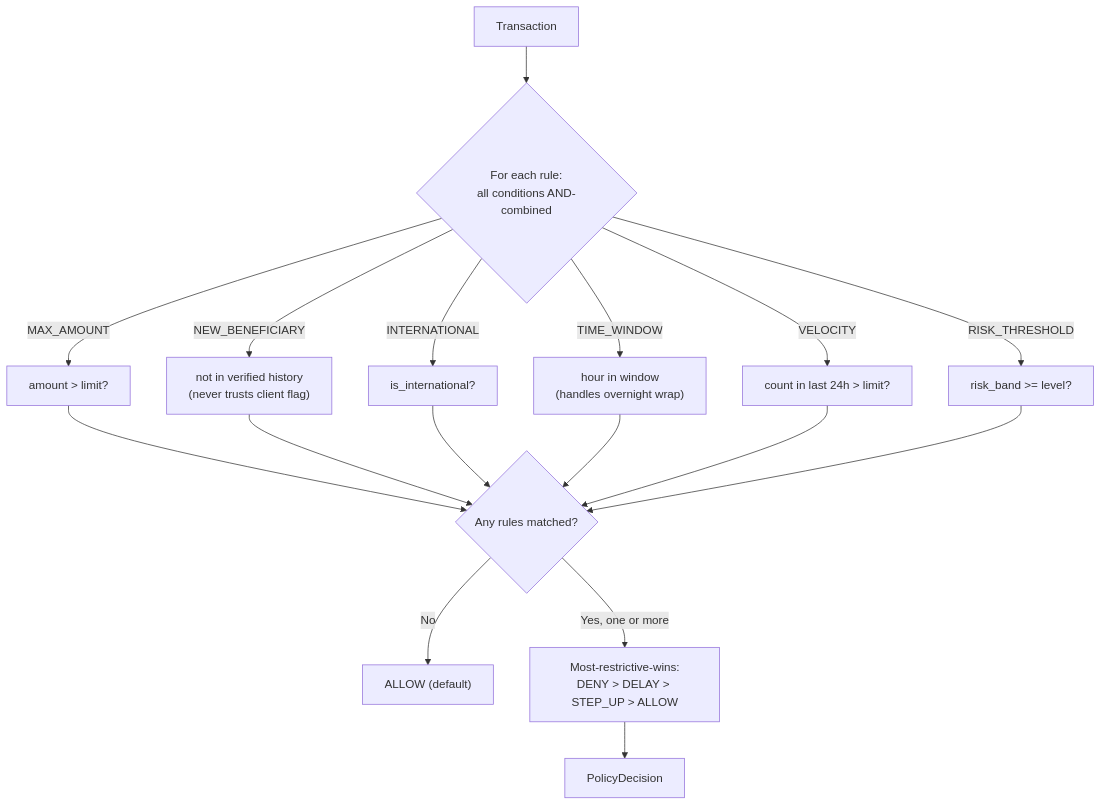
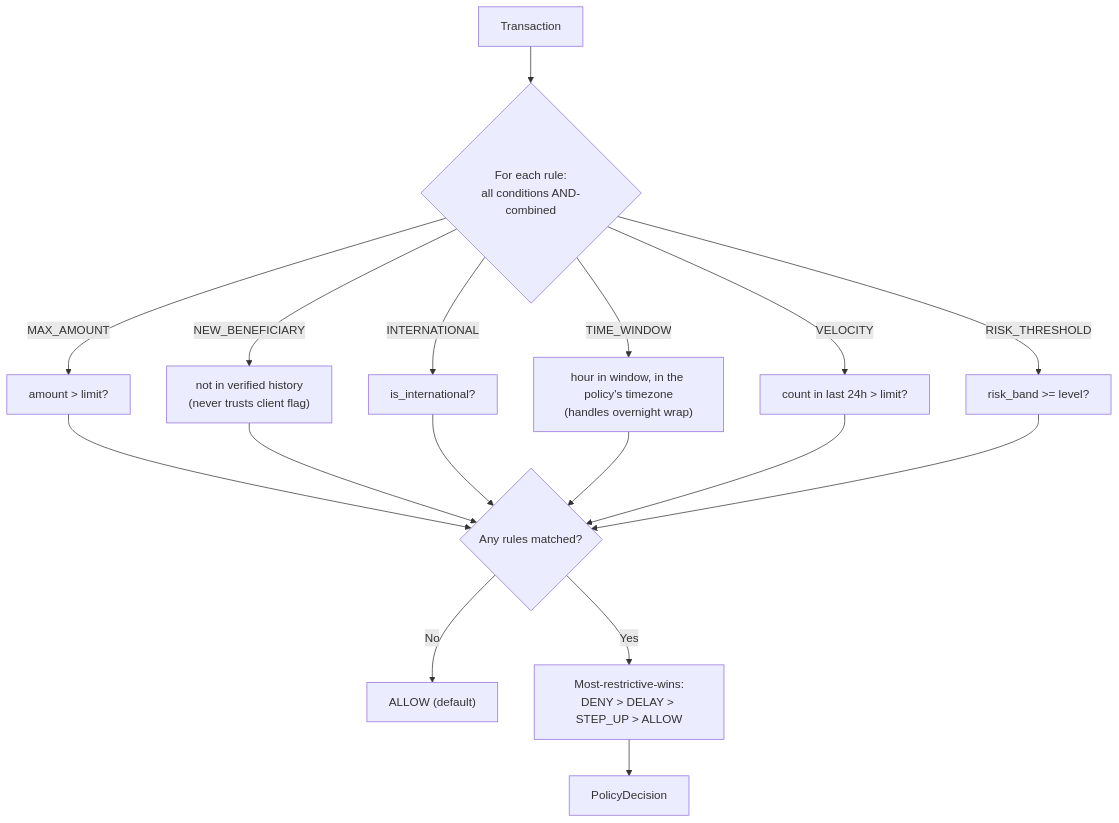
One commit to Dhanu2626/atlas changed the sixth of 8 diagrams in docs/ATLAS-Blueprint.md. Above: the diagram before and after it, drawn with Mermaid. The commit also changed other lines of this file and 4 other files, not shown here.

````diff
--- a/docs/ATLAS-Blueprint.md
+++ b/docs/ATLAS-Blueprint.md
@@ -329,14 +436,14 @@
 ```mermaid
 flowchart TD
-    TX[Transaction] --> RULES{"For each rule:\nall conditions AND-combined"}
+    TX[Transaction] --> RULES{"For each rule:<br/>all conditions AND-combined"}
     RULES -->|"MAX_AMOUNT"| C1["amount > limit?"]
-    RULES -->|"NEW_BENEFICIARY"| C2["not in verified history\n(never trusts client flag)"]
+    RULES -->|"NEW_BENEFICIARY"| C2["not in verified history<br/>(never trusts client flag)"]
     RULES -->|"INTERNATIONAL"| C3["is_international?"]
-    RULES -->|"TIME_WINDOW"| C4["hour in window\n(handles overnight wrap)"]
+    RULES -->|"TIME_WINDOW"| C4["hour in window, in the policy's timezone<br/>(handles overnight wrap)"]
     RULES -->|"VELOCITY"| C5["count in last 24h > limit?"]
     RULES -->|"RISK_THRESHOLD"| C6["risk_band >= level?"]
     C1 & C2 & C3 & C4 & C5 & C6 --> MATCH{Any rules matched?}
     MATCH -->|No| ALLOW["ALLOW (default)"]
-    MATCH -->|Yes, one or more| SEVERITY["Most-restrictive-wins:\nDENY > DELAY > STEP_UP > ALLOW"]
+    MATCH -->|Yes| SEVERITY["Most-restrictive-wins:<br/>DENY > DELAY > STEP_UP > ALLOW"]
     SEVERITY --> DECISION[PolicyDecision]
 ```
````
